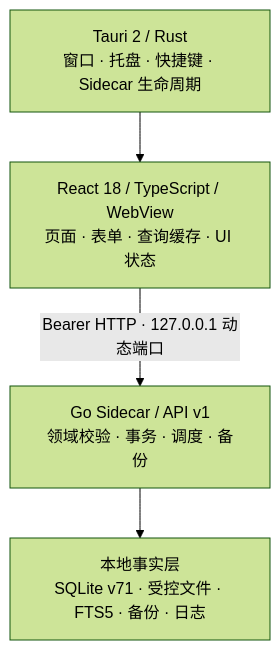
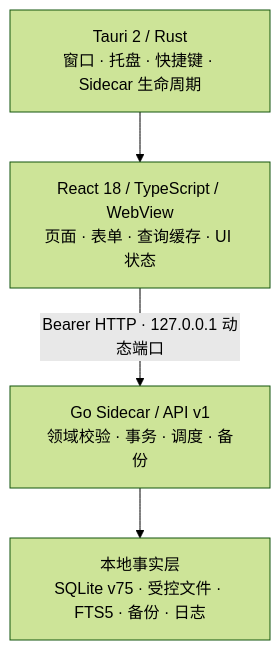
Before and after one commit to DingxinTao0417/opc-workspace: the diagram in README.md, drawn with Mermaid (forest theme). The commit also changed other lines of this file and 913 other files, not shown here.

````diff
--- a/README.md
+++ b/README.md
@@ -128,11 +274,11 @@
 ```mermaid
 flowchart TB
     Desktop["Tauri 2 / Rust<br/>窗口 · 托盘 · 快捷键 · Sidecar 生命周期"]
     Web["React 18 / TypeScript / WebView<br/>页面 · 表单 · 查询缓存 · UI 状态"]
     API["Go Sidecar / API v1<br/>领域校验 · 事务 · 调度 · 备份"]
-    Data["本地事实层<br/>SQLite v71 · 受控文件 · FTS5 · 备份 · 日志"]
+    Data["本地事实层<br/>SQLite v75 · 受控文件 · FTS5 · 备份 · 日志"]
 
     Desktop --> Web
     Web -->|"Bearer HTTP · 127.0.0.1 动态端口"| API
     API --> Data
 ```
````
